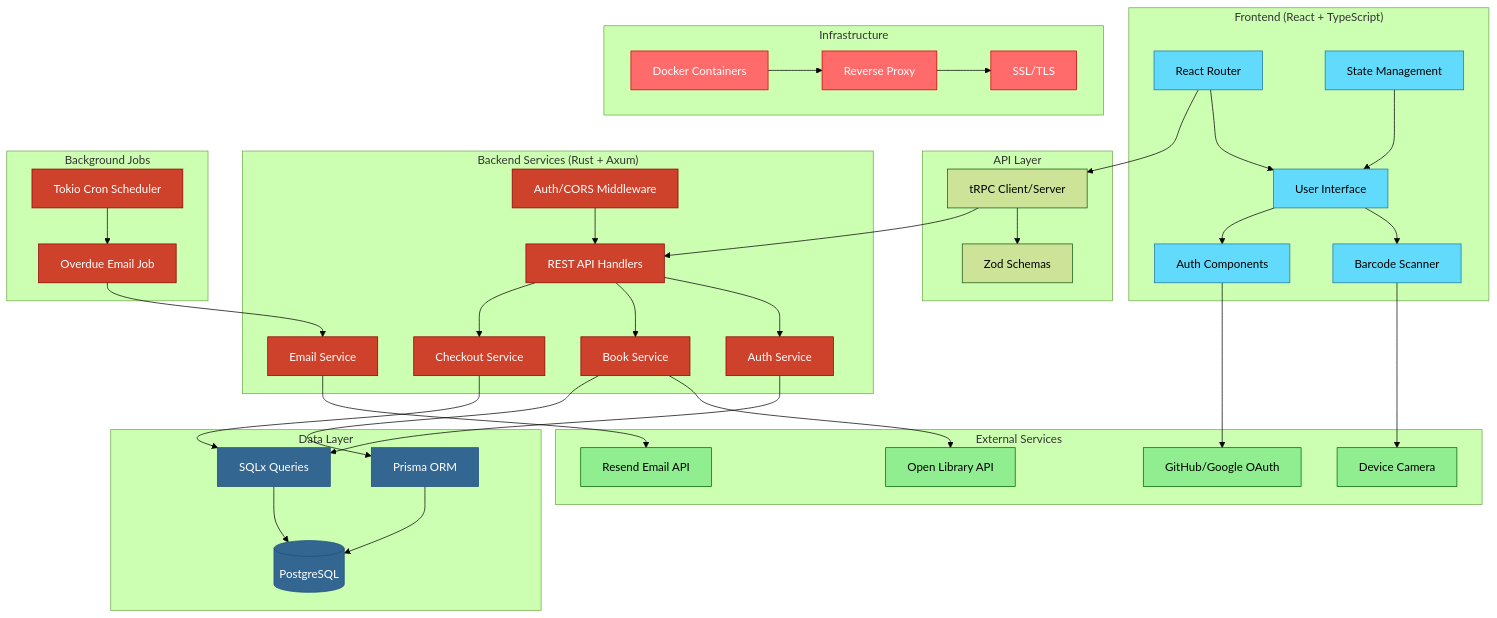
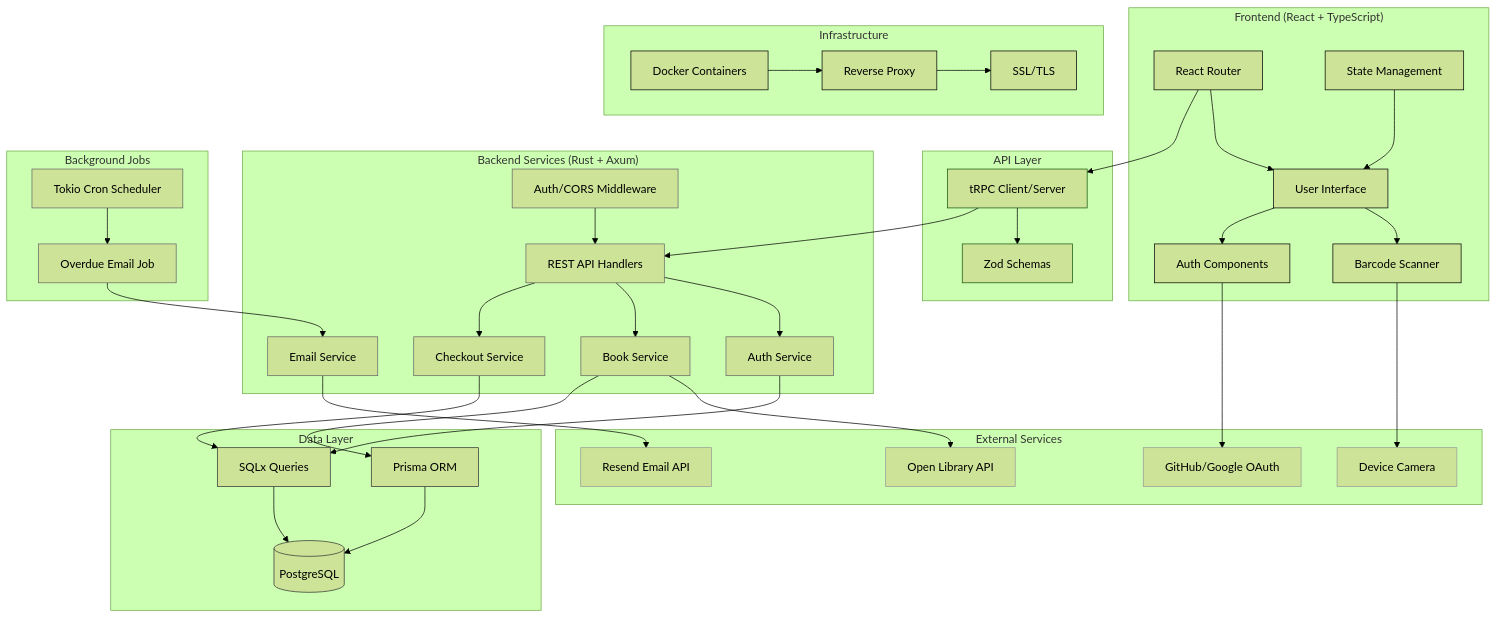
The diagram in README.md (plyght/opus), drawn with Mermaid (forest theme) before and after one commit.

```diff
--- a/README.md
+++ b/README.md
@@ -89,11 +89,11 @@
     Email_Service --> Resend
     
     %% Styling
-    classDef frontend fill:#61dafb,stroke:#21759b,color:#000
-    classDef backend fill:#ce422b,stroke:#8b0000,color:#fff
-    classDef database fill:#336791,stroke:#1f4e79,color:#fff
-    classDef external fill:#90ee90,stroke:#006400,color:#000
-    classDef infra fill:#ff6b6b,stroke:#cc0000,color:#fff
+    classDef frontend stroke:#000,color:#000
+    classDef backend stroke:#666,color:#000
+    classDef database stroke:#333,color:#000
+    classDef external stroke:#999,color:#000
+    classDef infra stroke:#000,color:#000
     
     class UI,Scanner,Auth,Router,State frontend
     class API,Auth_Service,Book_Service,Checkout_Service,Email_Service,Middleware,Cron,Overdue_Job backend
```
